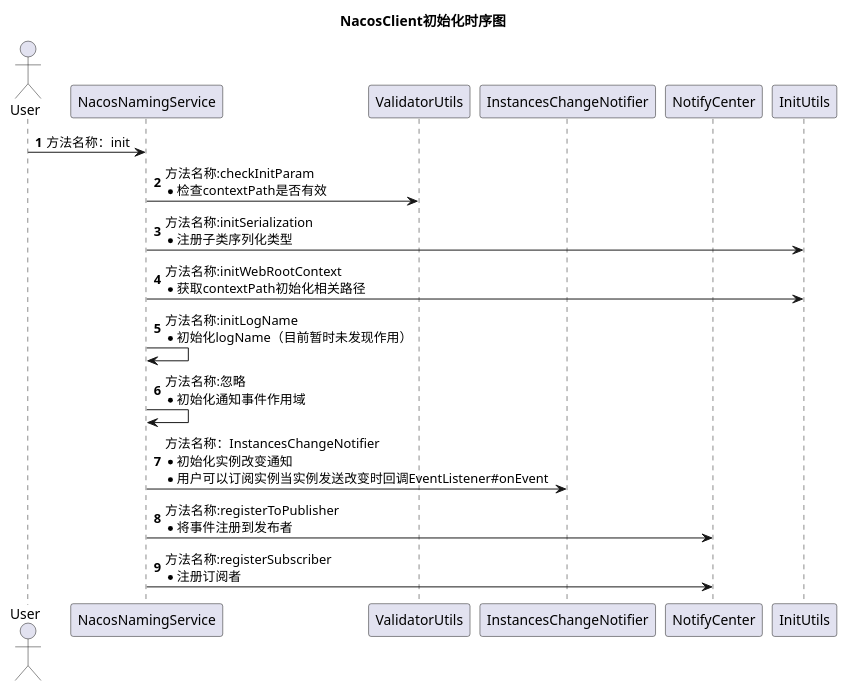
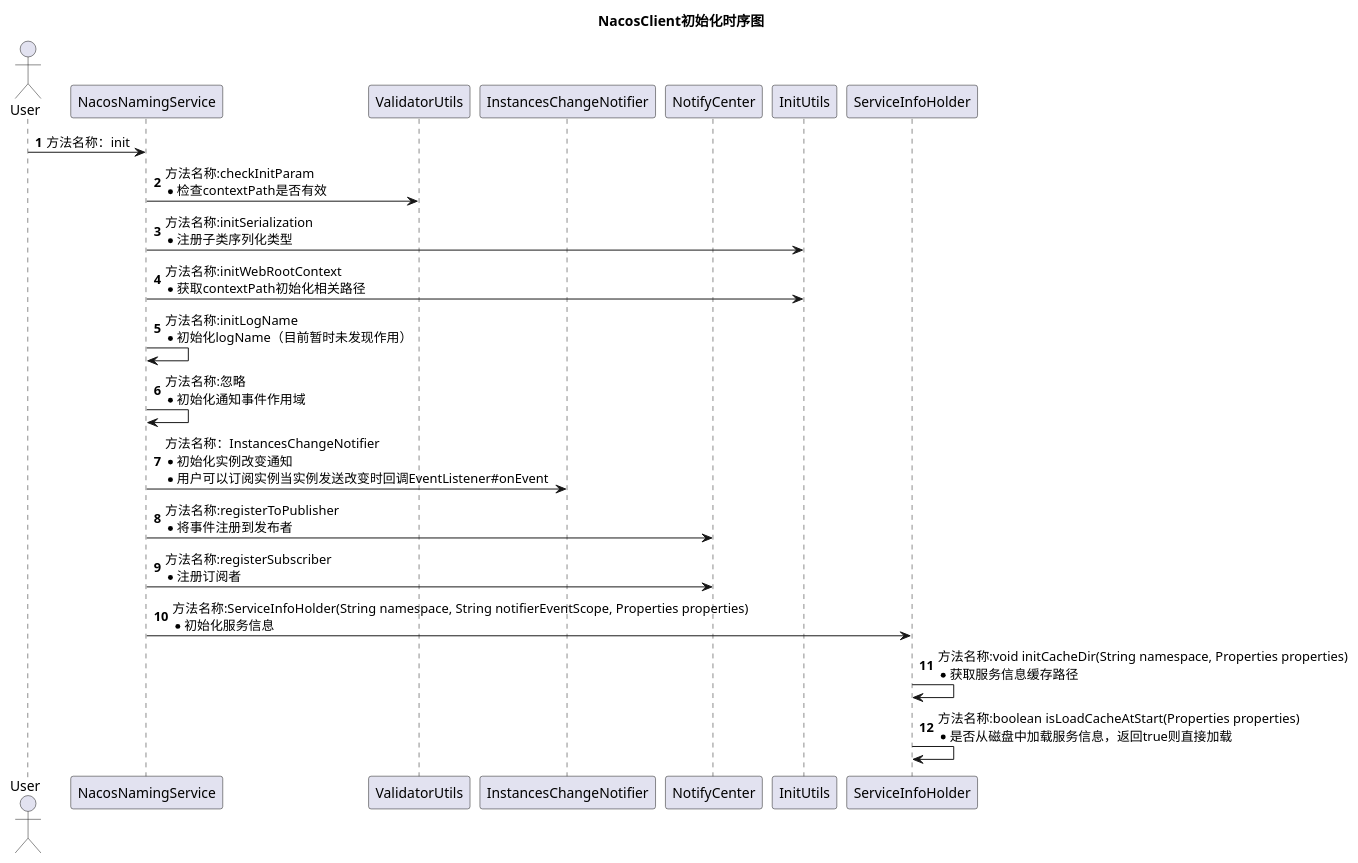
The diagram in draw/NacosClient初始化时序图.puml (stone-98/github-page-generator), drawn with PlantUML before and after one commit. The commit also changed 1 other file, not shown here.

```diff
--- a/draw/NacosClient初始化时序图.puml
+++ b/draw/NacosClient初始化时序图.puml
@@ -1,20 +1,24 @@
 @startuml
 title NacosClient初始化时序图
 
 actor User as user
 participant  NacosNamingService
 participant  ValidatorUtils
 participant InstancesChangeNotifier
 participant NotifyCenter
 autonumber
 
 user -> NacosNamingService:方法名称：init
 NacosNamingService -> ValidatorUtils:方法名称:checkInitParam \n*检查contextPath是否有效
 NacosNamingService -> InitUtils: 方法名称:initSerialization \n*注册子类序列化类型
 NacosNamingService -> InitUtils: 方法名称:initWebRootContext \n*获取contextPath初始化相关路径
 NacosNamingService -> NacosNamingService: 方法名称:initLogName \n*初始化logName（目前暂时未发现作用）
 NacosNamingService -> NacosNamingService: 方法名称:忽略 \n*初始化通知事件作用域
 NacosNamingService -> InstancesChangeNotifier: 方法名称：InstancesChangeNotifier \n*初始化实例改变通知 \n*用户可以订阅实例当实例发送改变时回调EventListener#onEvent
 NacosNamingService -> NotifyCenter:方法名称:registerToPublisher \n*将事件注册到发布者
 NacosNamingService -> NotifyCenter:方法名称:registerSubscriber \n*注册订阅者
+NacosNamingService -> ServiceInfoHolder:方法名称:ServiceInfoHolder(String namespace, String notifierEventScope, Properties properties) \n*初始化服务信息
+ServiceInfoHolder -> ServiceInfoHolder:方法名称:void initCacheDir(String namespace, Properties properties) \n*获取服务信息缓存路径
+ServiceInfoHolder -> ServiceInfoHolder:方法名称:boolean isLoadCacheAtStart(Properties properties) \n*是否从磁盘中加载服务信息，返回true则直接加载
+
 @enduml
```
